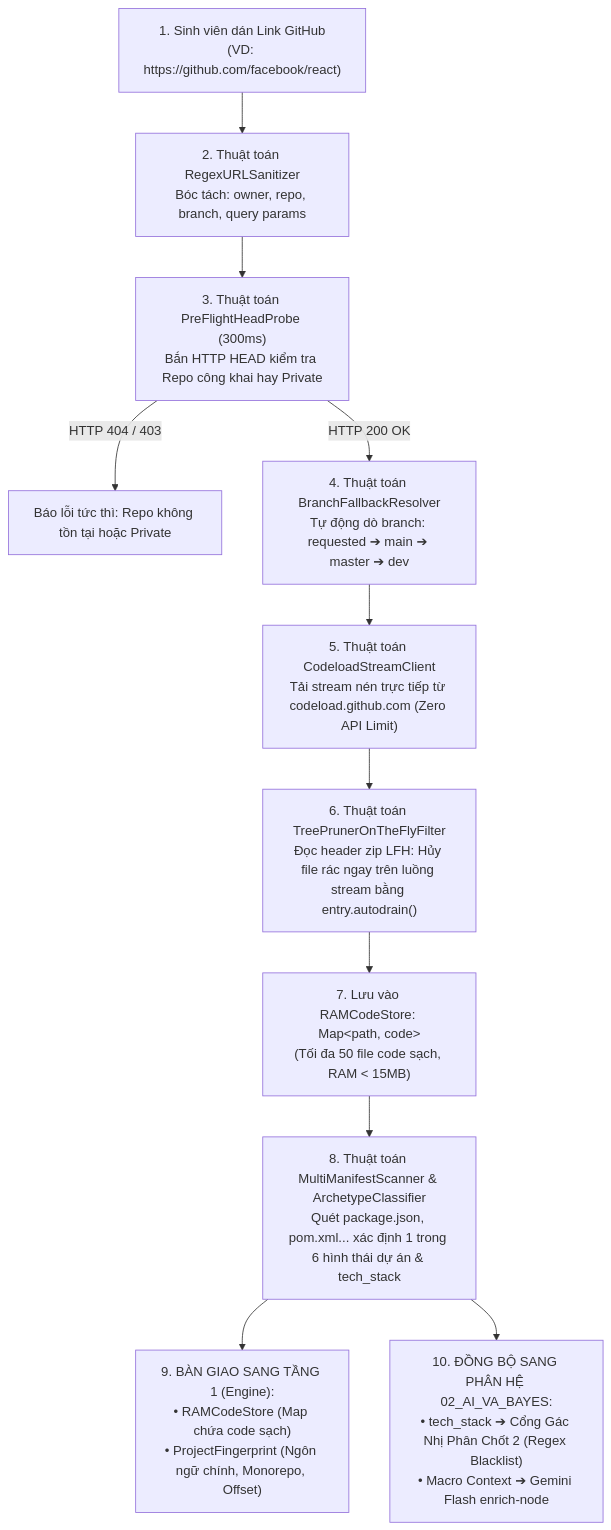
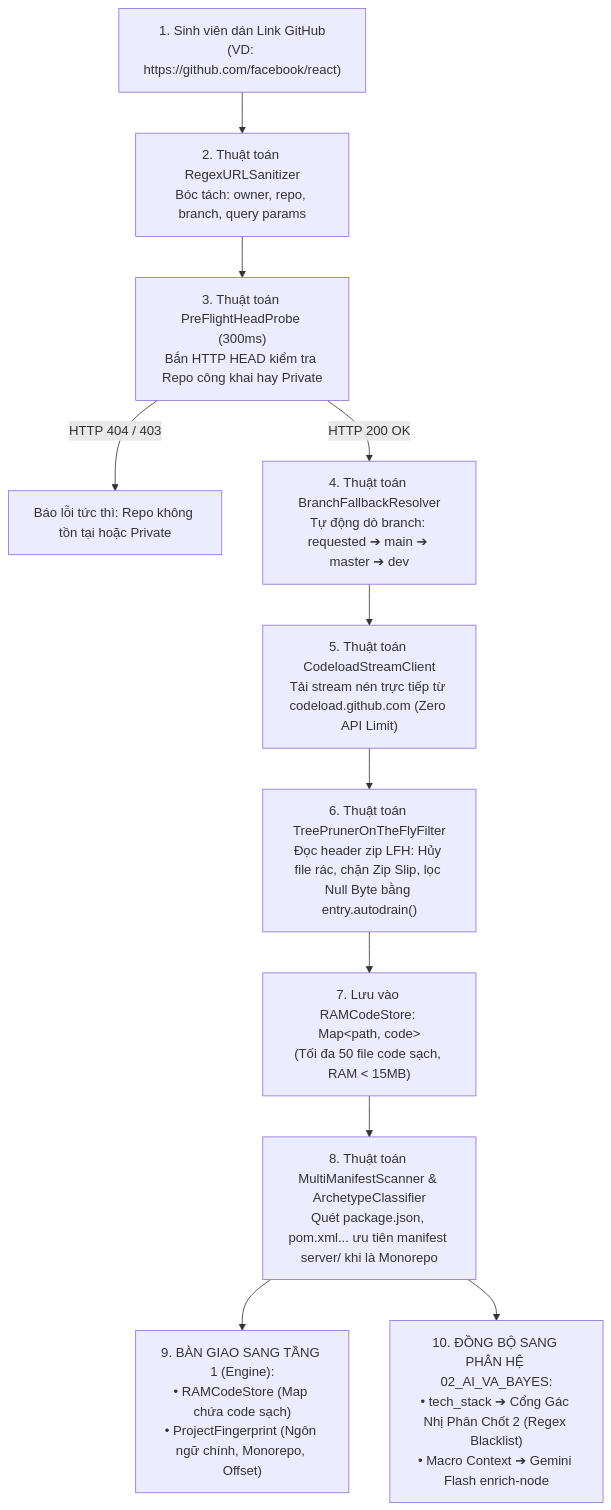
One commit to huynhthanhnhannnh-pixel/Hackathon_SGU changed the diagram in 01_ENGINE_THUAT_TOAN/01_INGESTION_STREAM.md. Above: the diagram before and after it, drawn with Mermaid. The commit also changed other lines of this file and 1 other file, not shown here.

````diff
--- a/01_ENGINE_THUAT_TOAN/01_INGESTION_STREAM.md
+++ b/01_ENGINE_THUAT_TOAN/01_INGESTION_STREAM.md
@@ -24,21 +24,21 @@
 ```mermaid
 flowchart TD
     LinkInput["1. Sinh viên dán Link GitHub<br/>(VD: https://github.com/facebook/react)"] --> AlgSanitizer["2. Thuật toán RegexURLSanitizer<br/>Bóc tách: owner, repo, branch, query params"]
     
     AlgSanitizer --> AlgHeadProbe["3. Thuật toán PreFlightHeadProbe (300ms)<br/>Bắn HTTP HEAD kiểm tra Repo công khai hay Private"]
     
     AlgHeadProbe -- "HTTP 404 / 403" --> ErrModal["Báo lỗi tức thì: Repo không tồn tại hoặc Private"]
     AlgHeadProbe -- "HTTP 200 OK" --> AlgBranch["4. Thuật toán BranchFallbackResolver<br/>Tự động dò branch: requested ➔ main ➔ master ➔ dev"]
 
     AlgBranch --> AlgStream["5. Thuật toán CodeloadStreamClient<br/>Tải stream nén trực tiếp từ codeload.github.com (Zero API Limit)"]
     
-    AlgStream --> AlgTreePruner["6. Thuật toán TreePrunerOnTheFlyFilter<br/>Đọc header zip LFH: Hủy file rác ngay trên luồng stream bằng entry.autodrain()"]
+    AlgStream --> AlgTreePruner["6. Thuật toán TreePrunerOnTheFlyFilter<br/>Đọc header zip LFH: Hủy file rác, chặn Zip Slip, lọc Null Byte bằng entry.autodrain()"]
 
     AlgTreePruner --> StoreRAM["7. Lưu vào RAMCodeStore: Map&lt;path, code&gt;<br/>(Tối đa 50 file code sạch, RAM &lt; 15MB)"]
 
-    StoreRAM --> AlgManifest["8. Thuật toán MultiManifestScanner & ArchetypeClassifier<br/>Quét package.json, pom.xml... xác định 1 trong 6 hình thái dự án & tech_stack"]
+    StoreRAM --> AlgManifest["8. Thuật toán MultiManifestScanner & ArchetypeClassifier<br/>Quét package.json, pom.xml... ưu tiên manifest server/ khi là Monorepo"]
 
     AlgManifest --> HandoverEngine["9. BÀN GIAO SANG TẦNG 1 (Engine):<br/>• RAMCodeStore (Map chứa code sạch)<br/>• ProjectFingerprint (Ngôn ngữ chính, Monorepo, Offset)"]
 
     AlgManifest --> HandoverAI["10. ĐỒNG BỘ SANG PHÂN HỆ 02_AI_VA_BAYES:<br/>• tech_stack ➔ Cổng Gác Nhị Phân Chốt 2 (Regex Blacklist)<br/>• Macro Context ➔ Gemini Flash enrich-node"]
 ```
````
